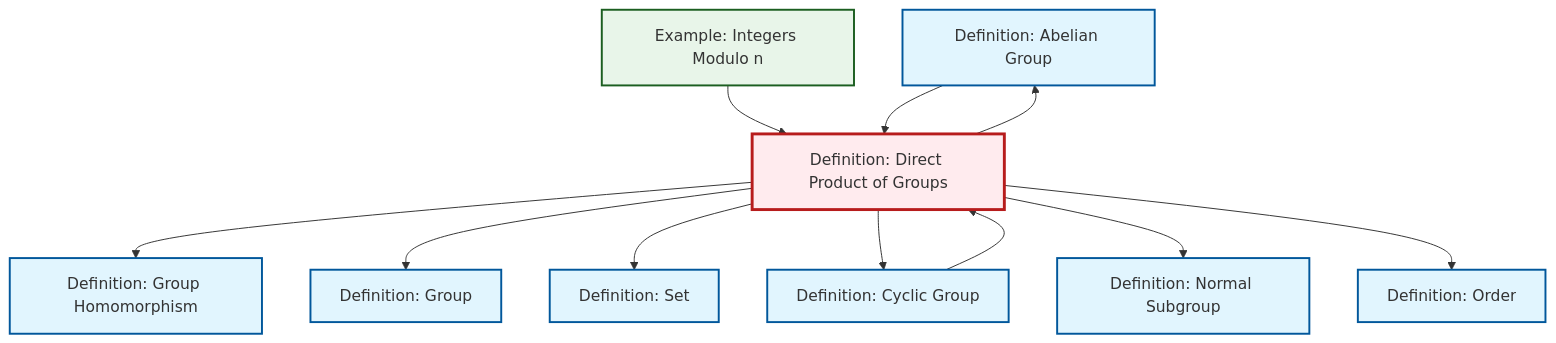
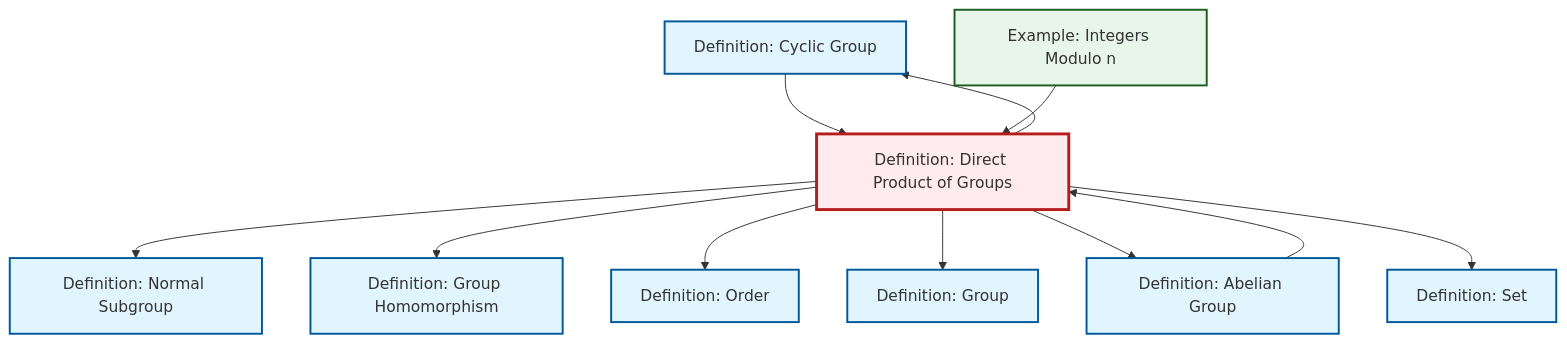
One commit to RK0429/ModernMath changed the diagram in content/ja/algebra/def-direct-product.qmd. Above: the diagram before and after it, drawn with Mermaid. The commit also changed other lines of this file and 654 other files, not shown here.

````diff
--- a/content/ja/algebra/def-direct-product.qmd
+++ b/content/ja/algebra/def-direct-product.qmd
@@ -25,37 +25,37 @@
 ```{mermaid}
 %%| fig-cap: "Local dependency graph"
 graph TD
     classDef definition fill:#e1f5fe,stroke:#01579b,stroke-width:2px
     classDef theorem fill:#f3e5f5,stroke:#4a148c,stroke-width:2px
     classDef axiom fill:#fff3e0,stroke:#e65100,stroke-width:2px
     classDef example fill:#e8f5e9,stroke:#1b5e20,stroke-width:2px
     classDef current fill:#ffebee,stroke:#b71c1c,stroke-width:3px
-    def-group["Definition: Group"]:::definition
-    def-abelian-group["Definition: Abelian Group"]:::definition
     def-set["Definition: Set"]:::definition
     def-cyclic-group["Definition: Cyclic Group"]:::definition
+    def-group["Definition: Group"]:::definition
+    def-order["Definition: Order"]:::definition
+    def-direct-product["Definition: Direct Product of Groups"]:::definition
+    def-homomorphism["Definition: Group Homomorphism"]:::definition
     def-normal-subgroup["Definition: Normal Subgroup"]:::definition
-    def-direct-product["Definition: Direct Product of Groups"]:::definition
-    def-order["Definition: Order"]:::definition
+    def-abelian-group["Definition: Abelian Group"]:::definition
     ex-quotient-integers-mod-n["Example: Integers Modulo n"]:::example
-    def-homomorphism["Definition: Group Homomorphism"]:::definition
+    def-direct-product --> def-normal-subgroup
+    def-direct-product --> def-cyclic-group
     def-direct-product --> def-homomorphism
+    def-direct-product --> def-order
+    def-cyclic-group --> def-direct-product
     def-direct-product --> def-group
-    def-cyclic-group --> def-direct-product
+    ex-quotient-integers-mod-n --> def-direct-product
+    def-abelian-group --> def-direct-product
     def-direct-product --> def-abelian-group
-    ex-quotient-integers-mod-n --> def-direct-product
     def-direct-product --> def-set
-    def-abelian-group --> def-direct-product
-    def-direct-product --> def-cyclic-group
-    def-direct-product --> def-normal-subgroup
-    def-direct-product --> def-order
     class def-direct-product current
-    click def-group "def-group.html" "Definition: Groupへ"
-    click def-abelian-group "def-abelian-group.html" "Definition: Abelian Groupへ"
     click def-set "def-set.html" "Definition: Setへ"
     click def-cyclic-group "def-cyclic-group.html" "Definition: Cyclic Groupへ"
+    click def-group "def-group.html" "Definition: Groupへ"
+    click def-order "def-order.html" "Definition: Orderへ"
+    click def-homomorphism "def-homomorphism.html" "Definition: Group Homomorphismへ"
     click def-normal-subgroup "def-normal-subgroup.html" "Definition: Normal Subgroupへ"
-    click def-order "def-order.html" "Definition: Orderへ"
+    click def-abelian-group "def-abelian-group.html" "Definition: Abelian Groupへ"
     click ex-quotient-integers-mod-n "ex-quotient-integers-mod-n.html" "Example: Integers Modulo nへ"
-    click def-homomorphism "def-homomorphism.html" "Definition: Group Homomorphismへ"
 ```
````
